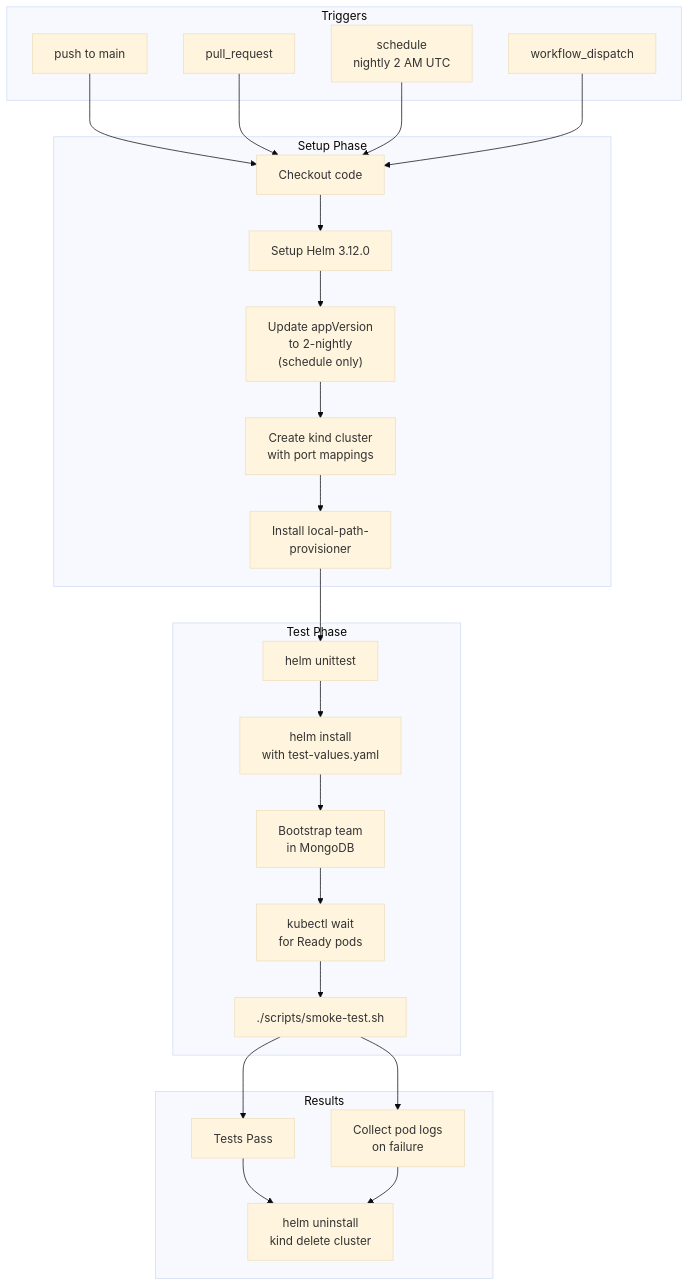
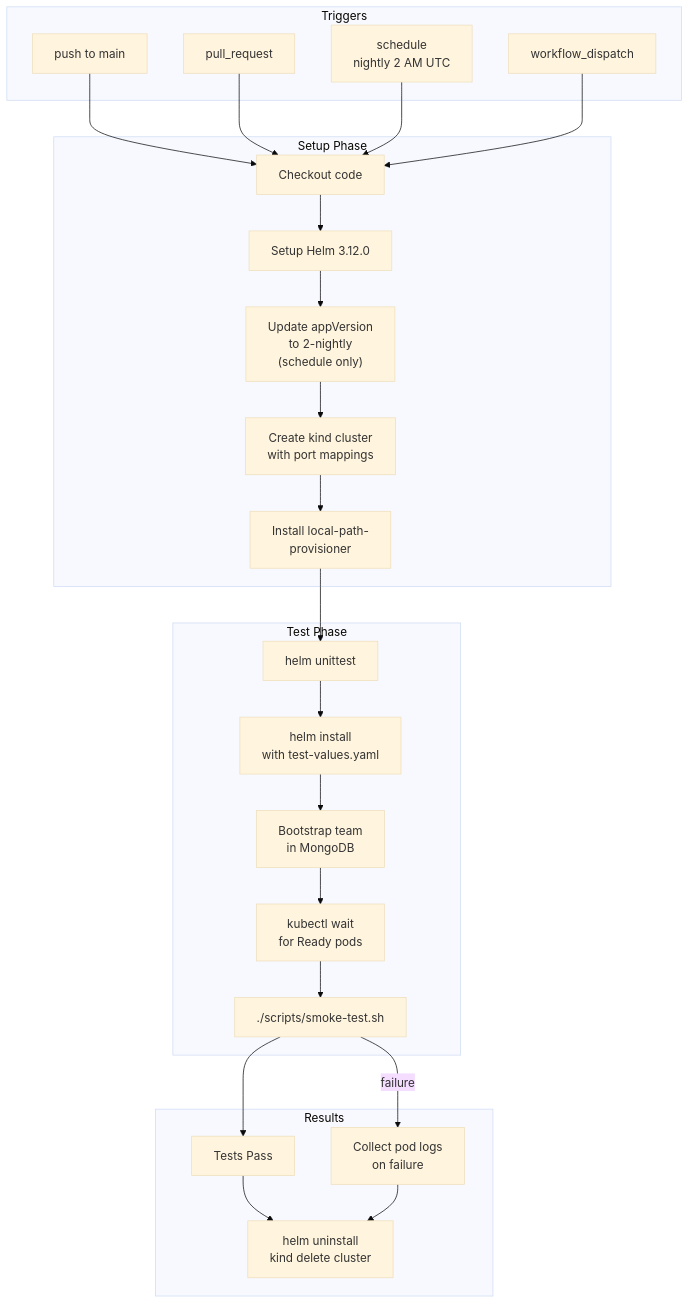
One commit to openchoreo/openchoreo changed the fourth of 4 diagrams in docs/hyperdxio-helm-charts-docs/Development-Setup.md. Above: the diagram before and after it, drawn with Mermaid (base theme). The commit also changed other lines of this file and 85 other files, not shown here.

Commit message:
feat: Add new workflow and specification templates, update Helm chart dependencies, and clarify documentation diagrams.

````diff
--- a/docs/hyperdxio-helm-charts-docs/Development-Setup.md
+++ b/docs/hyperdxio-helm-charts-docs/Development-Setup.md
@@ -609,68 +609,68 @@
 ```mermaid
 flowchart TD
 
 PushMain["push to main"]
 PullRequest["pull_request"]
 Schedule["schedule<br>nightly 2 AM UTC"]
 Manual["workflow_dispatch"]
 CheckoutCode["Checkout code"]
 SetupHelm["Setup Helm 3.12.0"]
 UpdateNightly["Update appVersion<br>to 2-nightly<br>(schedule only)"]
 CreateKind["Create kind cluster<br>with port mappings"]
 InstallStorage["Install local-path-<br>provisioner"]
 UnitTests["helm unittest"]
 DeployChart["helm install<br>with test-values.yaml"]
 BootstrapDB["Bootstrap team<br>in MongoDB"]
 VerifyDeploy["kubectl wait<br>for Ready pods"]
 SmokeTests["./scripts/smoke-test.sh"]
 Success["Tests Pass"]
 CollectLogs["Collect pod logs<br>on failure"]
 Cleanup["helm uninstall<br>kind delete cluster"]
 
 PushMain --> CheckoutCode
 PullRequest --> CheckoutCode
 Schedule --> CheckoutCode
 Manual --> CheckoutCode
 InstallStorage --> UnitTests
 SmokeTests --> Success
-SmokeTests --> CollectLogs
+SmokeTests -->|"failure"| CollectLogs
 
 subgraph Results ["Results"]
     Success
     CollectLogs
     Cleanup
     Success --> Cleanup
     CollectLogs --> Cleanup
 end
 
 subgraph subGraph2 ["Test Phase"]
     UnitTests
     DeployChart
     BootstrapDB
     VerifyDeploy
     SmokeTests
     UnitTests --> DeployChart
     DeployChart --> BootstrapDB
     BootstrapDB --> VerifyDeploy
     VerifyDeploy --> SmokeTests
 end
 
 subgraph subGraph1 ["Setup Phase"]
     CheckoutCode
     SetupHelm
     UpdateNightly
     CreateKind
     InstallStorage
     CheckoutCode --> SetupHelm
     SetupHelm --> UpdateNightly
     UpdateNightly --> CreateKind
     CreateKind --> InstallStorage
 end
 
 subgraph Triggers ["Triggers"]
     PushMain
     PullRequest
     Schedule
     Manual
 end
 ```
````
